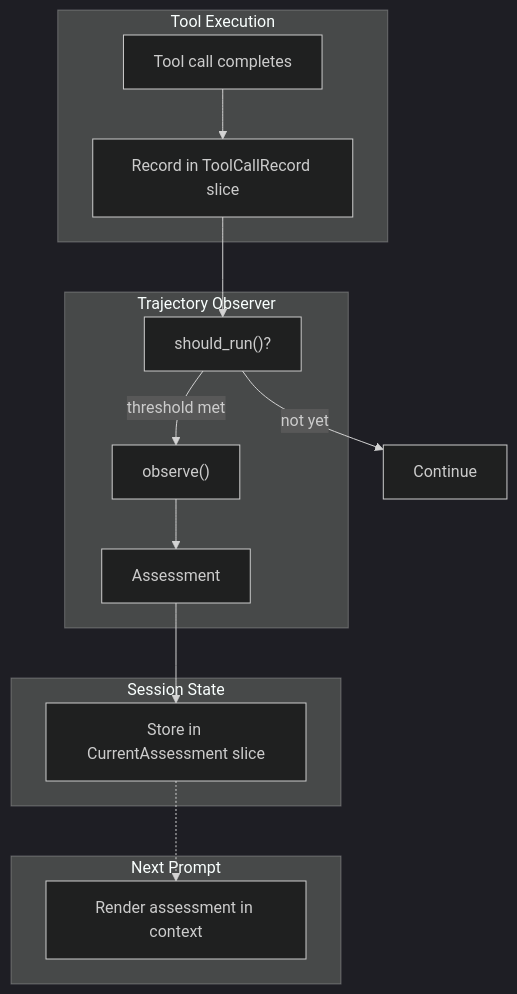
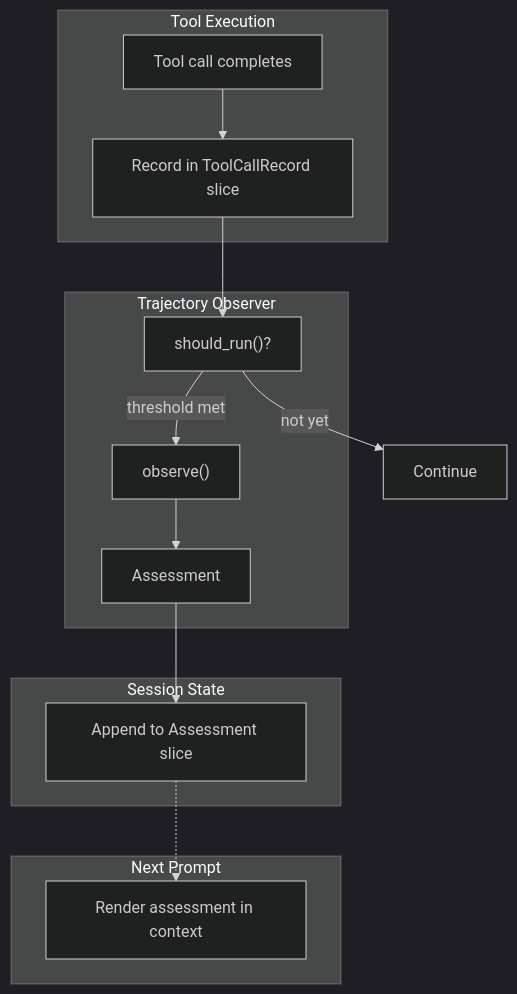
The diagram in specs/TRAJECTORY_OBSERVERS.md (weakincentives/weakincentives), drawn with Mermaid (dark theme) before and after one commit. The commit also changed other lines of this file, not shown here.

First line of the commit message:
Simplify trajectory observer to single Assessment slice

````diff
--- a/specs/TRAJECTORY_OBSERVERS.md
+++ b/specs/TRAJECTORY_OBSERVERS.md
@@ -23,29 +23,29 @@
 ```mermaid
 flowchart TB
     subgraph ToolExecution["Tool Execution"]
         Call["Tool call completes"]
         Record["Record in ToolCallRecord slice"]
     end
 
     subgraph Observer["Trajectory Observer"]
         Trigger["should_run()?"]
         Observe["observe()"]
         Assess["Assessment"]
     end
 
     subgraph Session["Session State"]
-        Store["Store in CurrentAssessment slice"]
+        Store["Append to Assessment slice"]
     end
 
     subgraph Prompt["Next Prompt"]
         Inject["Render assessment in context"]
     end
 
     Call --> Record
     Record --> Trigger
     Trigger -->|threshold met| Observe
     Trigger -->|not yet| Done["Continue"]
     Observe --> Assess
     Assess --> Store
     Store -.-> Inject
 ```
````
